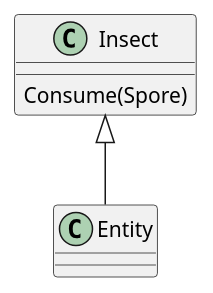
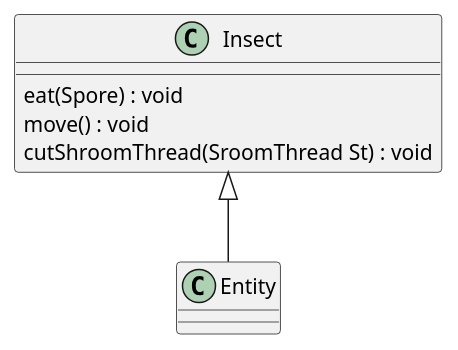
The diagram in 3/classes/insect.puml (Petya-G/fungorium), drawn with PlantUML before and after one commit.

Commit message:
Insect UML class

```diff
--- a/3/classes/insect.puml
+++ b/3/classes/insect.puml
@@ -1,7 +1,9 @@
 @startuml insect
 
 Insect <|-- Entity
 class Insect{
-    Consume(Spore)
+    eat(Spore) : void
+    move() : void
+    cutShroomThread(SroomThread St) : void
 }
 @enduml
```
